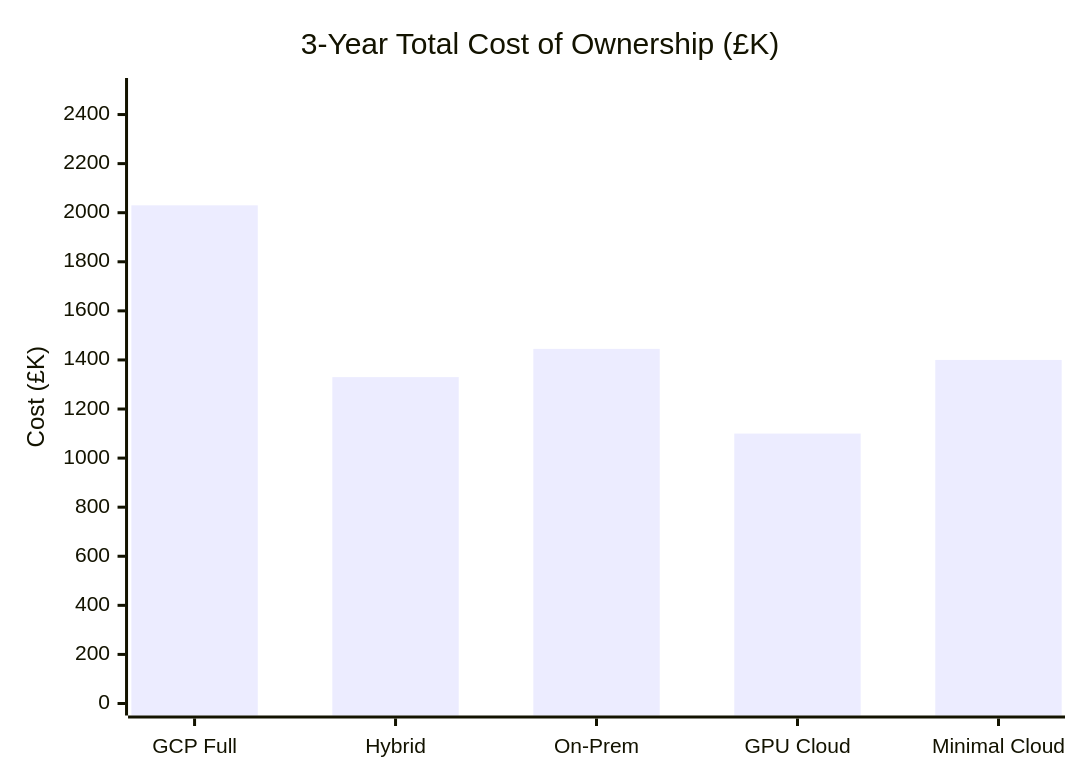
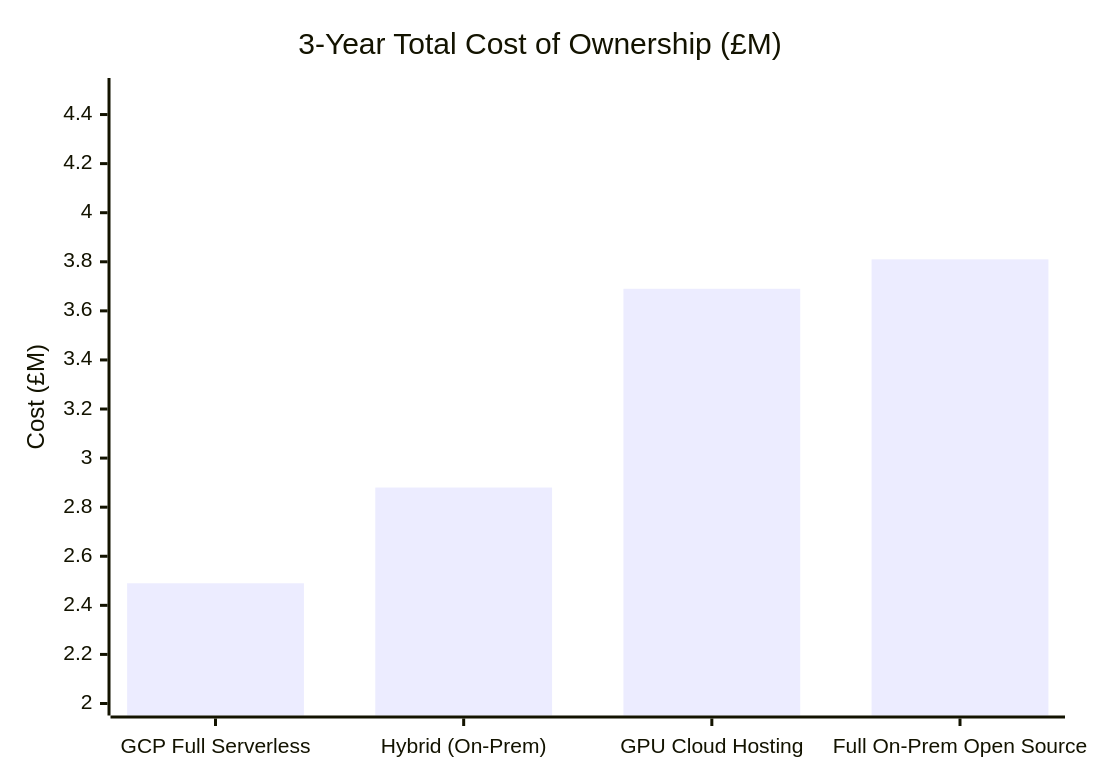
One commit to T33C/journeyworks changed the second of 3 diagrams in documentation/proposal/cost-comparison-alternatives.md. Above: the diagram before and after it, drawn with Mermaid. The commit also changed other lines of this file and 17 other files, not shown here.

````diff
--- a/documentation/proposal/cost-comparison-alternatives.md
+++ b/documentation/proposal/cost-comparison-alternatives.md
@@ -314,7 +206,7 @@
 ```mermaid
 xychart-beta
-    title "3-Year Total Cost of Ownership (£K)"
-    x-axis ["GCP Full", "Hybrid", "On-Prem", "GPU Cloud", "Minimal Cloud"]
-    y-axis "Cost (£K)" 0 --> 2500
-    bar [2030, 1330, 1445, 1100, 1400]
+    title "3-Year Total Cost of Ownership (£M)"
+    x-axis ["GCP Full Serverless", "Hybrid (On-Prem)", "GPU Cloud Hosting", "Full On-Prem Open Source"]
+    y-axis "Cost (£M)" 2.0 --> 4.5
+    bar [2.49, 2.88, 3.69, 3.81]
 ```
````
